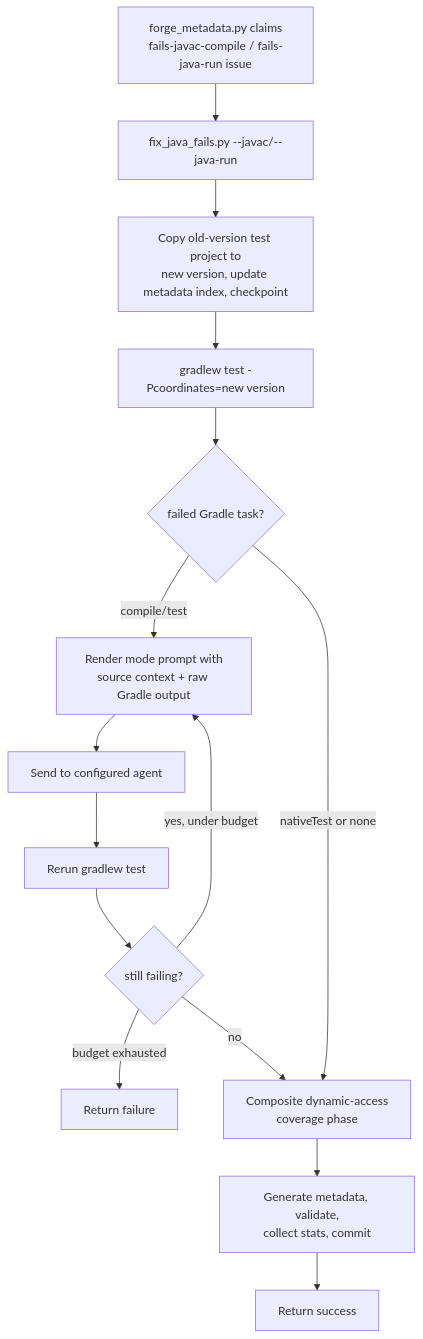
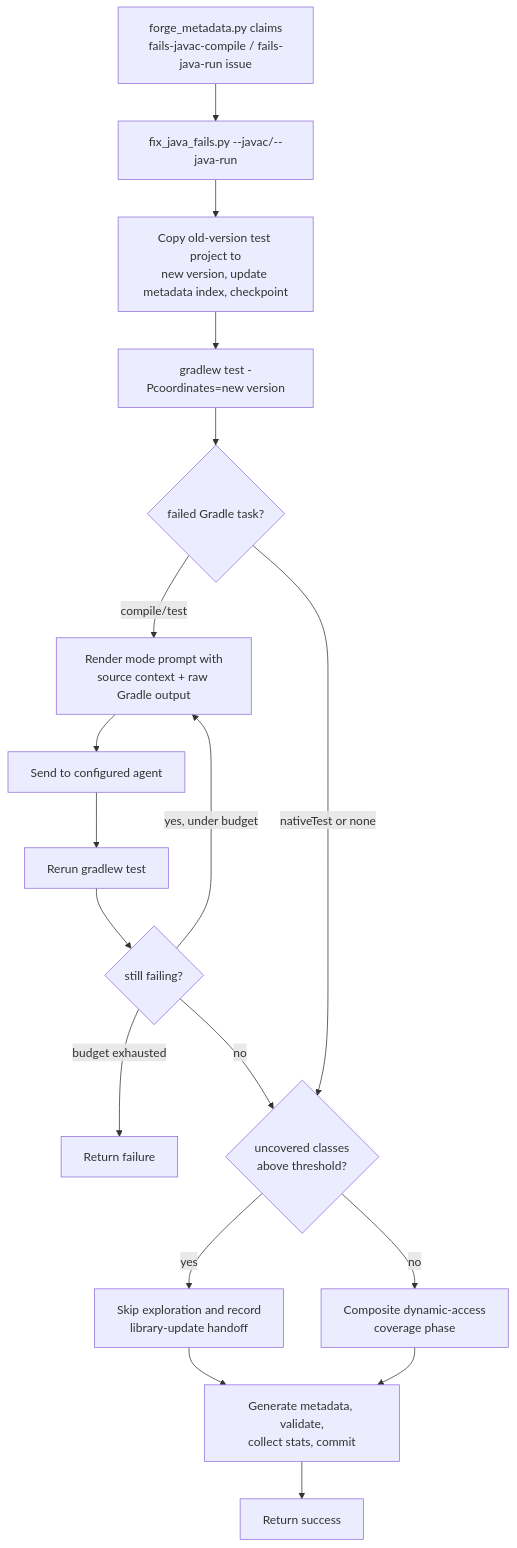
One commit to oracle/graalvm-reachability-metadata changed the diagram in forge/docs/workflows/java-fail-fix.md. Above: the diagram before and after it, drawn with Mermaid. The commit also changed other lines of this file and 23 other files, not shown here.

````diff
--- a/forge/docs/workflows/java-fail-fix.md
+++ b/forge/docs/workflows/java-fail-fix.md
@@ -86,17 +89,20 @@
 ```mermaid
 flowchart TD
     Claim[forge_metadata.py claims<br/>fails-javac-compile / fails-java-run issue] --> Driver[fix_java_fails.py --javac/--java-run]
     Driver --> Prep[Copy old-version test project to<br/>new version, update metadata index, checkpoint]
     Prep --> Test[gradlew test -Pcoordinates=new version]
     Test --> Failed{failed Gradle task?}
     Failed -- compile/test --> Prompt[Render mode prompt with<br/>source context + raw Gradle output]
     Prompt --> Agent[Send to configured agent]
     Agent --> Retest[Rerun gradlew test]
     Retest --> Failed2{still failing?}
     Failed2 -- yes, under budget --> Prompt
     Failed2 -- budget exhausted --> Fail[Return failure]
-    Failed2 -- no --> Coverage
-    Failed -- nativeTest or none --> Coverage[Composite dynamic-access<br/>coverage phase]
+    Failed2 -- no --> CoverageSize{uncovered classes<br/>above threshold?}
+    Failed -- nativeTest or none --> CoverageSize
+    CoverageSize -- yes --> Handoff[Skip exploration and record<br/>library-update handoff]
+    CoverageSize -- no --> Coverage[Composite dynamic-access<br/>coverage phase]
+    Handoff --> Finalize
     Coverage --> Finalize[Generate metadata, validate,<br/>collect stats, commit]
     Finalize --> Success[Return success]
 ```
````
